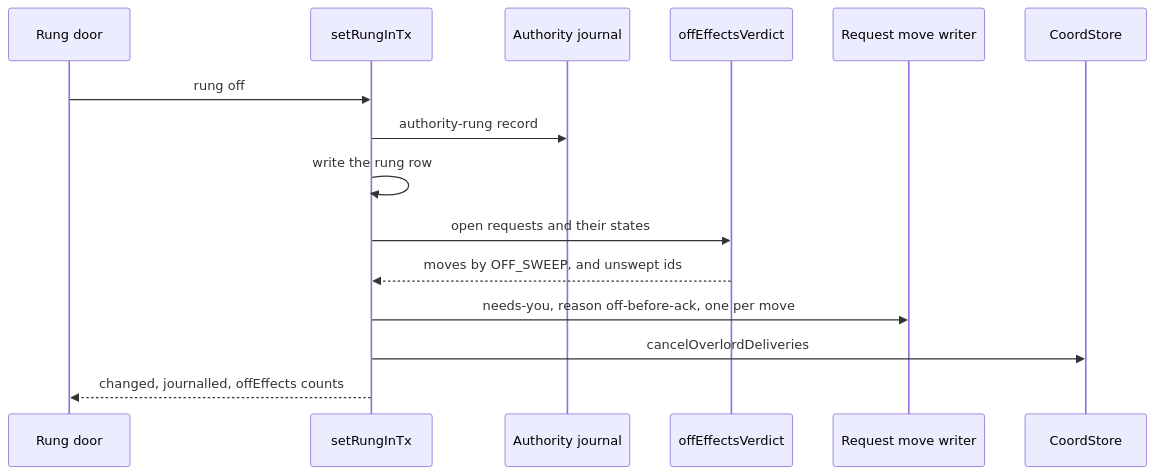
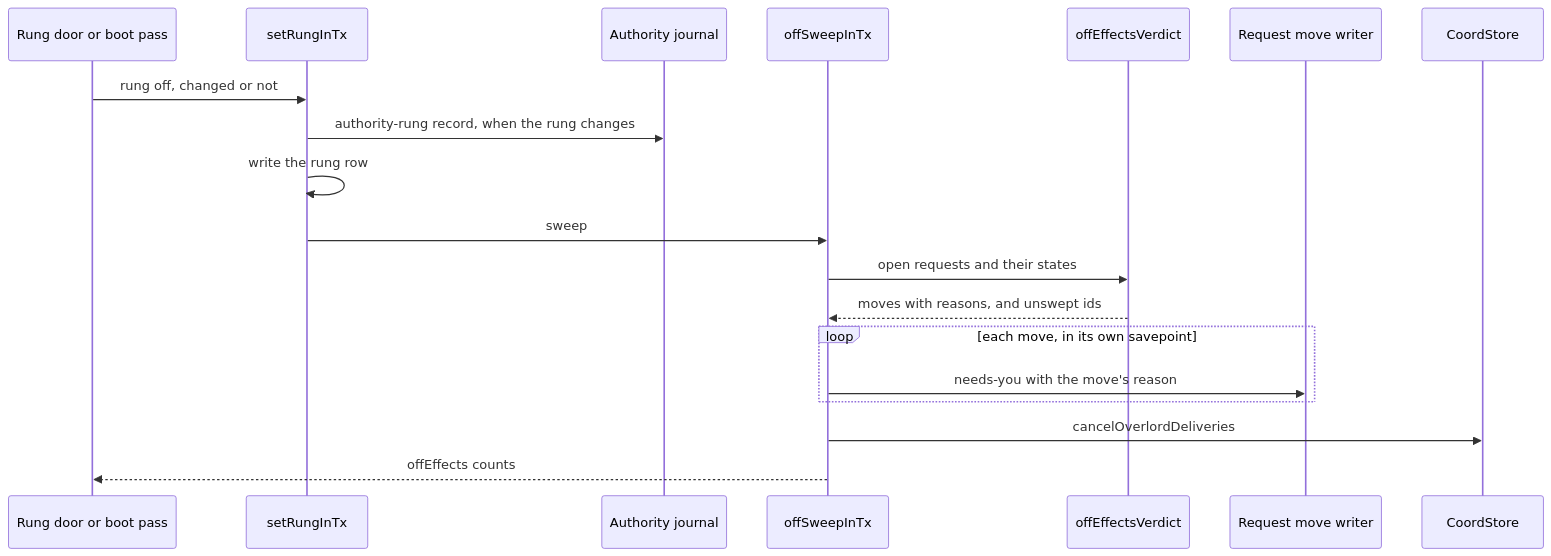
One commit to Synapsium-Labs/ccrc-pwa changed the third of 3 diagrams in docs/superpowers/plans/2026-11-16-overlord-w2/w2-overlord-route-v1.md. Above: the diagram before and after it, drawn with Mermaid. The commit also changed other lines of this file, not shown here.

First line of the commit message:
docs(plan): overlord-route-v1 fix round 1 (review 2290)

````diff
--- a/docs/superpowers/plans/2026-11-16-overlord-w2/w2-overlord-route-v1.md
+++ b/docs/superpowers/plans/2026-11-16-overlord-w2/w2-overlord-route-v1.md
@@ -344,17 +484,21 @@
 ```mermaid
 sequenceDiagram
-  participant D as Rung door
+  participant D as Rung door or boot pass
   participant L as setRungInTx
   participant J as Authority journal
+  participant S as offSweepInTx
   participant V as offEffectsVerdict
   participant R as Request move writer
   participant M as CoordStore
-  D->>L: rung off
-  L->>J: authority-rung record
+  D->>L: rung off, changed or not
+  L->>J: authority-rung record, when the rung changes
   L->>L: write the rung row
-  L->>V: open requests and their states
-  V-->>L: moves by OFF_SWEEP, and unswept ids
-  L->>R: needs-you, reason off-before-ack, one per move
-  L->>M: cancelOverlordDeliveries
-  L-->>D: changed, journalled, offEffects counts
+  L->>S: sweep
+  S->>V: open requests and their states
+  V-->>S: moves with reasons, and unswept ids
+  loop each move, in its own savepoint
+    S->>R: needs-you with the move's reason
+  end
+  S->>M: cancelOverlordDeliveries
+  S-->>D: offEffects counts
 ```
````
